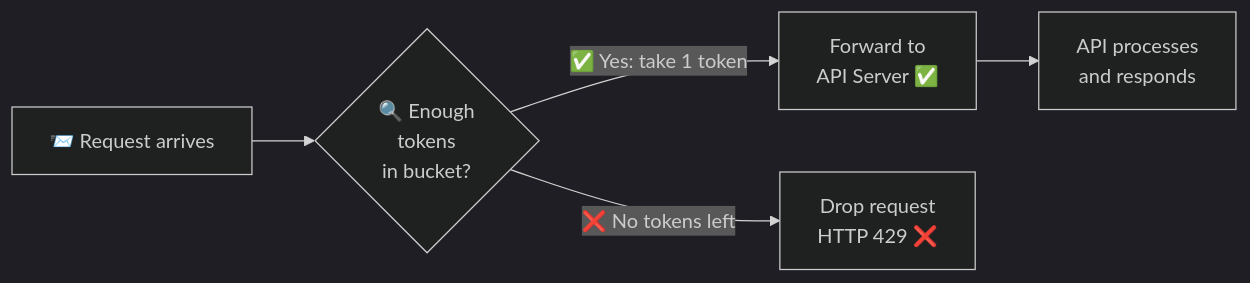
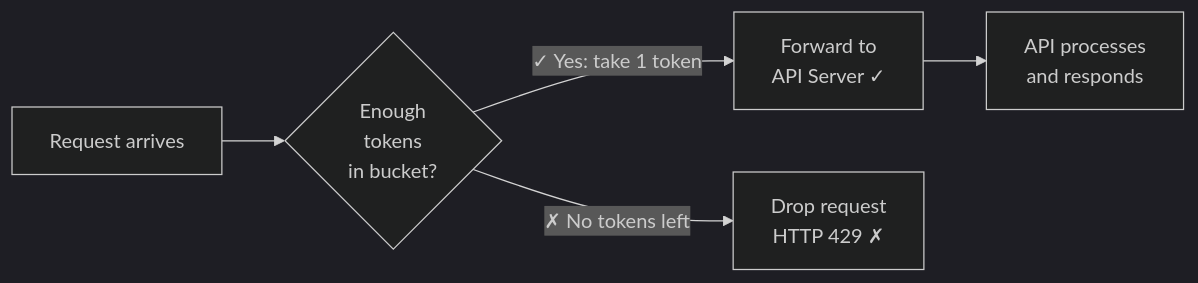
One commit to devops-monk/system-design-blog changed the fifth of 26 diagrams in content/posts/2026/design-a-rate-limiter.md. Above: the diagram before and after it, drawn with Mermaid (dark theme). The commit also changed other lines of this file and 5 other files, not shown here.

````diff
--- a/content/posts/2026/design-a-rate-limiter.md
+++ b/content/posts/2026/design-a-rate-limiter.md
@@ -173,7 +173,7 @@
 ```mermaid
 flowchart LR
-    REQ["📨 Request arrives"] --> CHECK{"🔍 Enough\ntokens\nin bucket?"}
-    CHECK -->|"✅ Yes: take 1 token"| FORWARD["Forward to\nAPI Server ✅"]
-    CHECK -->|"❌ No tokens left"| DROP["Drop request\nHTTP 429 ❌"]
+    REQ["Request arrives"] --> CHECK{"Enough\ntokens\nin bucket?"}
+    CHECK -->|"✓ Yes: take 1 token"| FORWARD["Forward to\nAPI Server ✓"]
+    CHECK -->|"✗ No tokens left"| DROP["Drop request\nHTTP 429 ✗"]
     FORWARD --> PROCESS["API processes\nand responds"]
 ```
````
